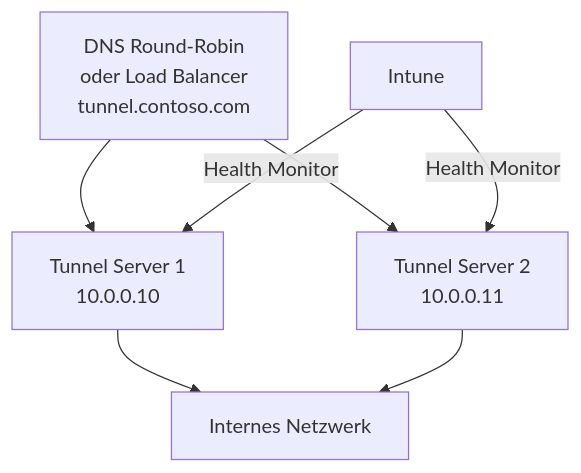
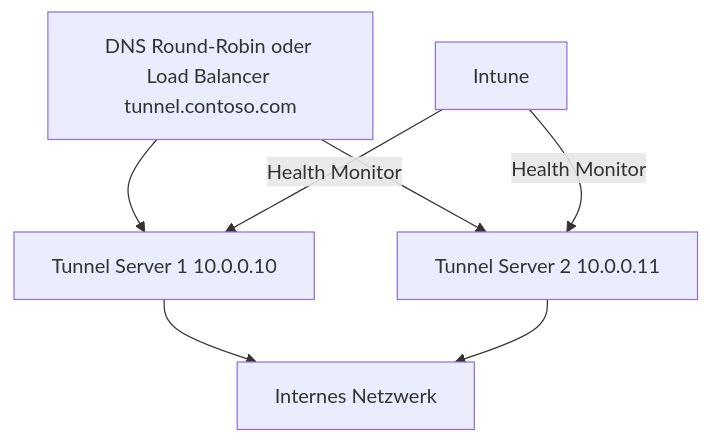
One commit to SoniiiT/notes-n-docs changed the third of 3 diagrams in Microsoft 365/Intune Suite/Microsoft Tunnel.md. Above: the diagram before and after it, drawn with Mermaid. The commit also changed other lines of this file and 124 other files, not shown here.

First line of the commit message:
fix: Entferne \n aus allen Mermaid-Diagrammen (125 Dateien)

````diff
--- a/Microsoft 365/Intune Suite/Microsoft Tunnel.md
+++ b/Microsoft 365/Intune Suite/Microsoft Tunnel.md
@@ -367,9 +367,9 @@
 ```mermaid
 graph TD
-    LB[DNS Round-Robin\noder Load Balancer\ntunnel.contoso.com] --> SERVER1[Tunnel Server 1\n10.0.0.10]
-    LB --> SERVER2[Tunnel Server 2\n10.0.0.11]
+    LB[DNS Round-Robin oder Load Balancer tunnel.contoso.com] --> SERVER1[Tunnel Server 1 10.0.0.10]
+    LB --> SERVER2[Tunnel Server 2 10.0.0.11]
     SERVER1 --> INTERNAL[Internes Netzwerk]
     SERVER2 --> INTERNAL
     INTUNE[Intune] -->|Health Monitor| SERVER1
     INTUNE -->|Health Monitor| SERVER2
 ```
````
